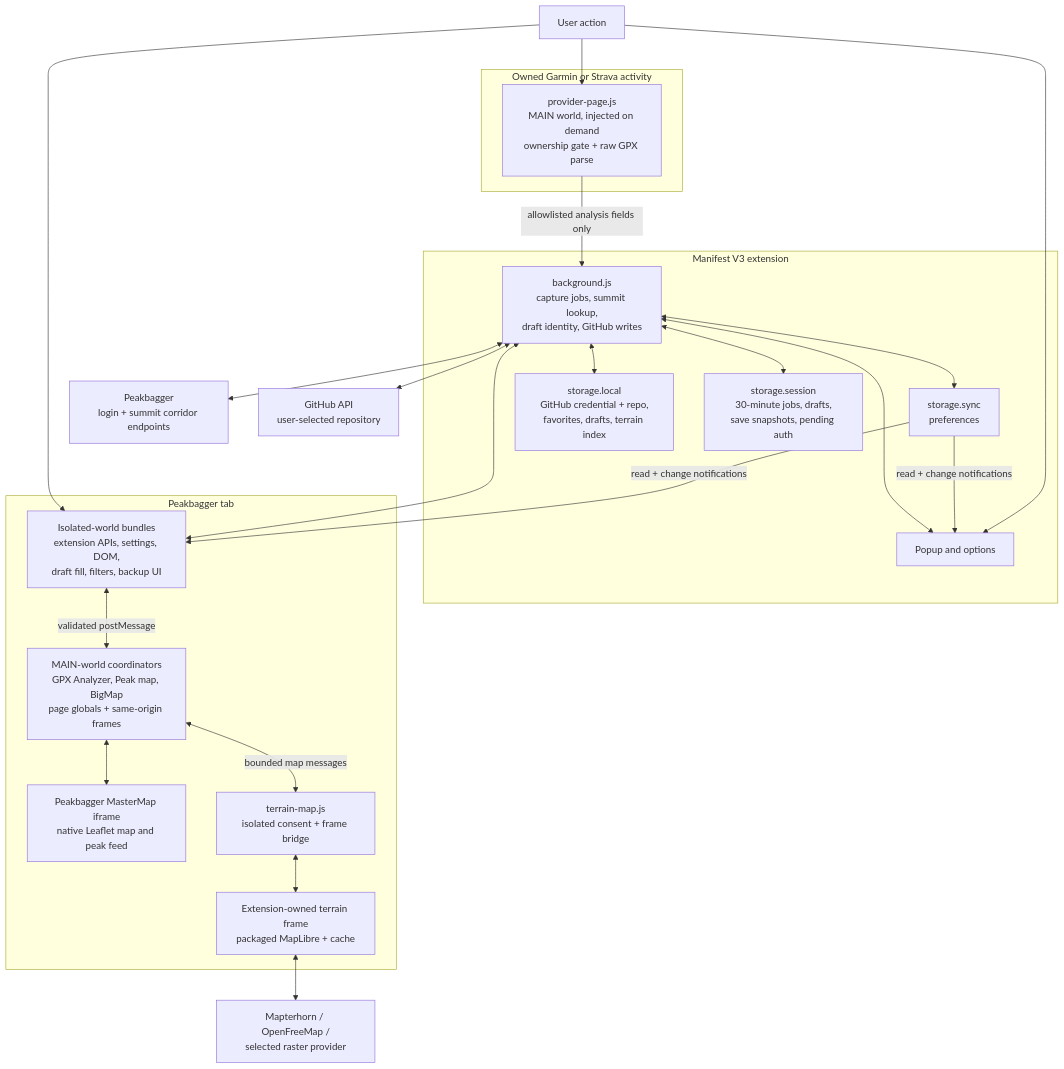
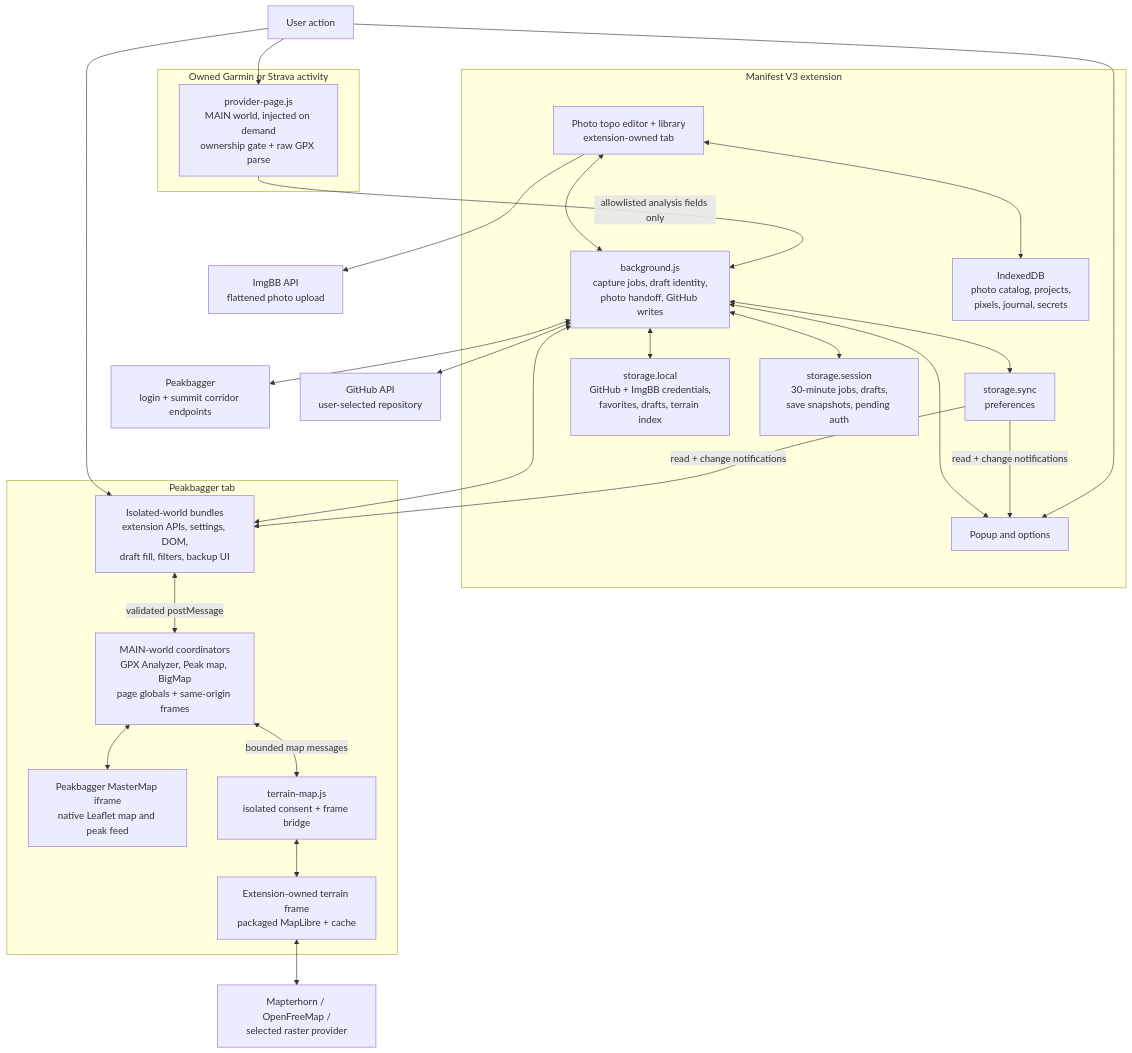
Before and after one commit to wilmtang/better-peakbagger: the first of 2 diagrams in docs/architecture.md, drawn with Mermaid. The commit also changed other lines of this file and 10 other files, not shown here.

First line of the commit message:
docs: document the photo topo workflow

````diff
--- a/docs/architecture.md
+++ b/docs/architecture.md
@@ -15,47 +15,53 @@
 ```mermaid
 flowchart TB
     user["User action"]
 
     subgraph provider["Owned Garmin or Strava activity"]
         providerPage["provider-page.js<br/>MAIN world, injected on demand<br/>ownership gate + raw GPX parse"]
     end
 
     subgraph extension["Manifest V3 extension"]
         popup["Popup and options"]
-        worker["background.js<br/>capture jobs, summit lookup,<br/>draft identity, GitHub writes"]
+        worker["background.js<br/>capture jobs, draft identity,<br/>photo handoff, GitHub writes"]
+        photoPage["Photo topo editor + library<br/>extension-owned tab"]
+        photoDb["IndexedDB<br/>photo catalog, projects,<br/>pixels, journal, secrets"]
         sync["storage.sync<br/>preferences"]
-        local["storage.local<br/>GitHub credential + repo,<br/>favorites, drafts, terrain index"]
+        local["storage.local<br/>GitHub + ImgBB credentials,<br/>favorites, drafts, terrain index"]
         session["storage.session<br/>30-minute jobs, drafts,<br/>save snapshots, pending auth"]
     end
 
     subgraph peakbagger["Peakbagger tab"]
         isolated["Isolated-world bundles<br/>extension APIs, settings, DOM,<br/>draft fill, filters, backup UI"]
         main["MAIN-world coordinators<br/>GPX Analyzer, Peak map, BigMap<br/>page globals + same-origin frames"]
         master["Peakbagger MasterMap iframe<br/>native Leaflet map and peak feed"]
         terrainBridge["terrain-map.js<br/>isolated consent + frame bridge"]
         terrainFrame["Extension-owned terrain frame<br/>packaged MapLibre + cache"]
     end
 
     peakApi["Peakbagger<br/>login + summit corridor endpoints"]
+    imgbb["ImgBB API<br/>flattened photo upload"]
     github["GitHub API<br/>user-selected repository"]
     tiles["Mapterhorn / OpenFreeMap /<br/>selected raster provider"]
 
     user --> providerPage
     user --> isolated
     user --> popup
     providerPage -- "allowlisted analysis fields only" --> worker
     isolated <--> worker
     popup <--> worker
+    photoPage <--> worker
+    photoPage <--> photoDb
+    photoPage --> imgbb
     sync -- "read + change notifications" --> popup
     sync -- "read + change notifications" --> isolated
     worker <--> sync
     worker <--> session
     worker <--> local
     worker <--> peakApi
     worker <--> github
     isolated <-->|"validated postMessage"| main
     main <--> master
     main <-->|"bounded map messages"| terrainBridge
     terrainBridge <--> terrainFrame
     terrainFrame <--> tiles
 ```
````
